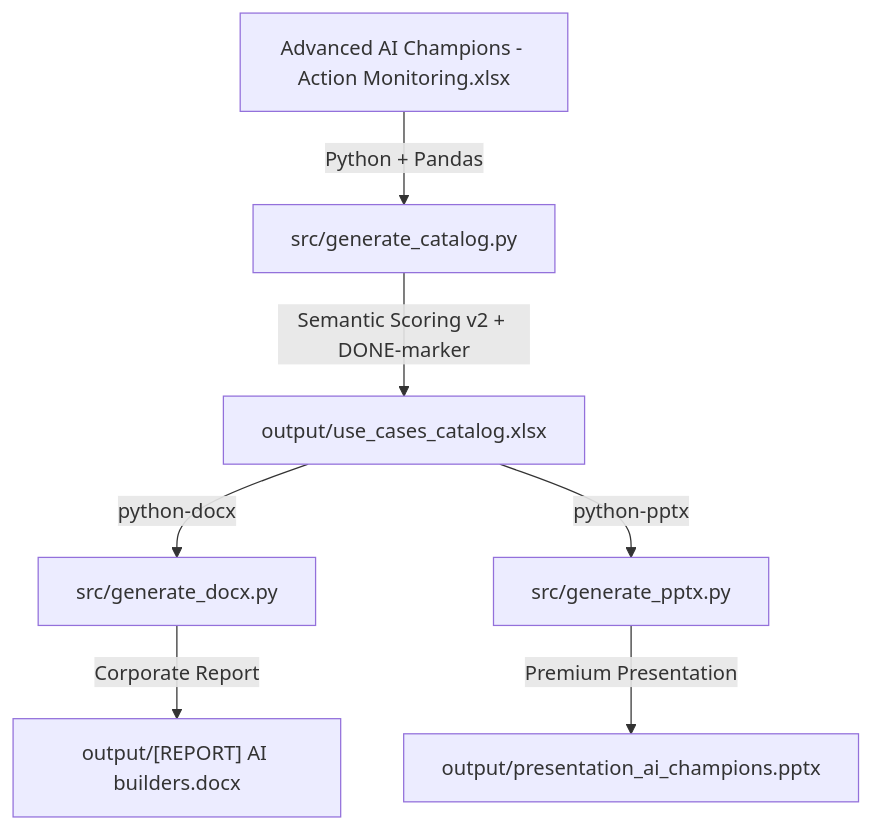
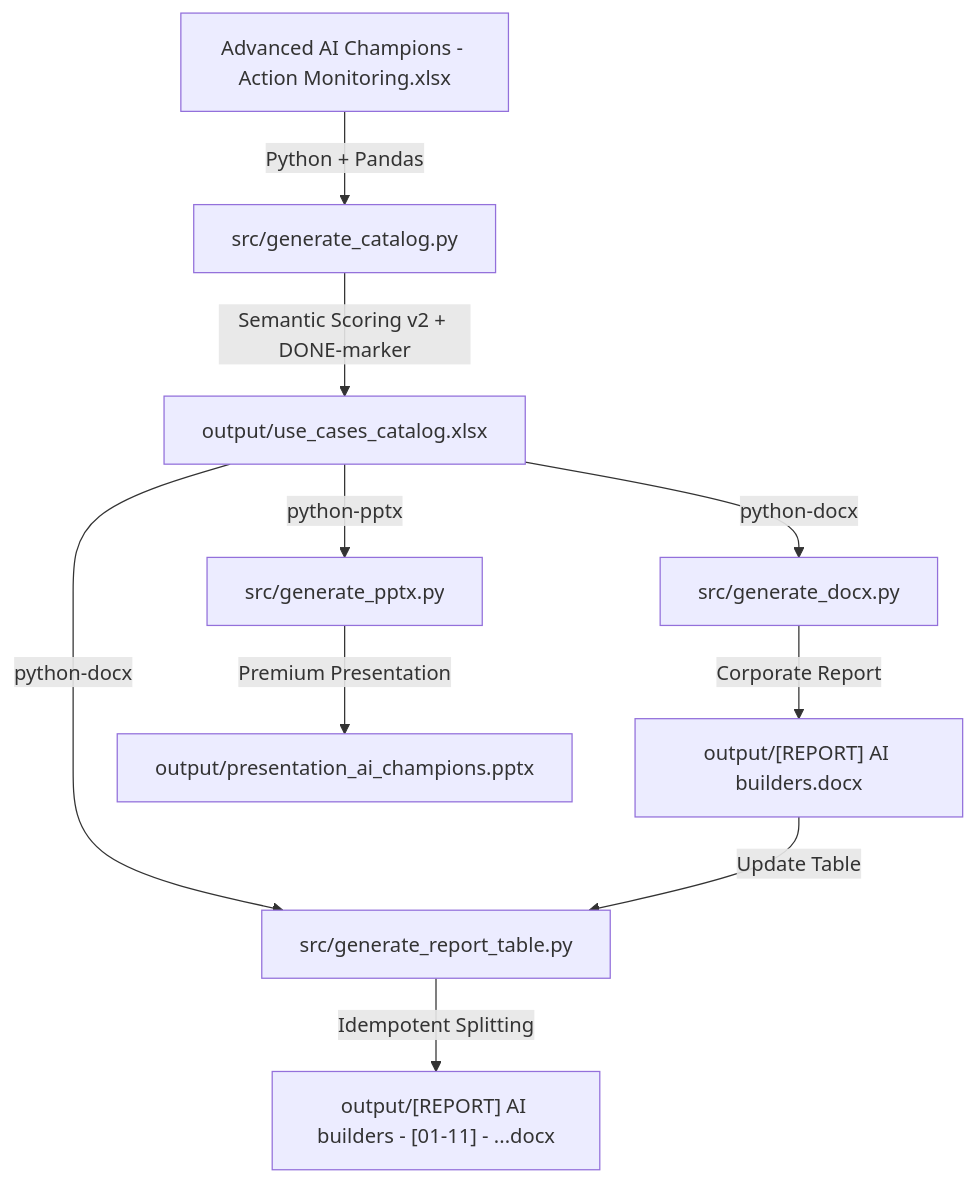
One commit to adrienparasote-ops/air-liquide changed the diagram in use case analysis/docs/CODEMAPS/architecture.md. Above: the diagram before and after it, drawn with Mermaid. The commit also changed other lines of this file and 2 other files, not shown here.

Commit message:
feat(report): add dynamic data source table and 11-way report splitting script
- Create generate_report_table.py to dynamically parse data sources from the catalog Excel, update the table in the main docx report, and split it into 11 section-based docx files to facilitate manual copy-pasting into shared cloud documents.
- Update architecture and backend codemaps to document the new module and pipeline steps.

````diff
--- a/use case analysis/docs/CODEMAPS/architecture.md
+++ b/use case analysis/docs/CODEMAPS/architecture.md
@@ -6,9 +6,13 @@
 ```mermaid
 graph TD
     Source[Advanced AI Champions - Action Monitoring.xlsx] -->|Python + Pandas| CatalogScript[src/generate_catalog.py]
     CatalogScript -->|Semantic Scoring v2 + DONE-marker| OutputExcel[output/use_cases_catalog.xlsx]
     OutputExcel -->|python-docx| DocxScript[src/generate_docx.py]
     OutputExcel -->|python-pptx| PptxScript[src/generate_pptx.py]
     DocxScript -->|Corporate Report| OutputDocx["output/[REPORT] AI builders.docx"]
     PptxScript -->|Premium Presentation| OutputPptx[output/presentation_ai_champions.pptx]
+    
+    OutputExcel -->|python-docx| TableScript[src/generate_report_table.py]
+    OutputDocx -->|Update Table| TableScript
+    TableScript -->|Idempotent Splitting| SegmentDocs["output/[REPORT] AI builders - [01-11] - ...docx"]
 ```
````
